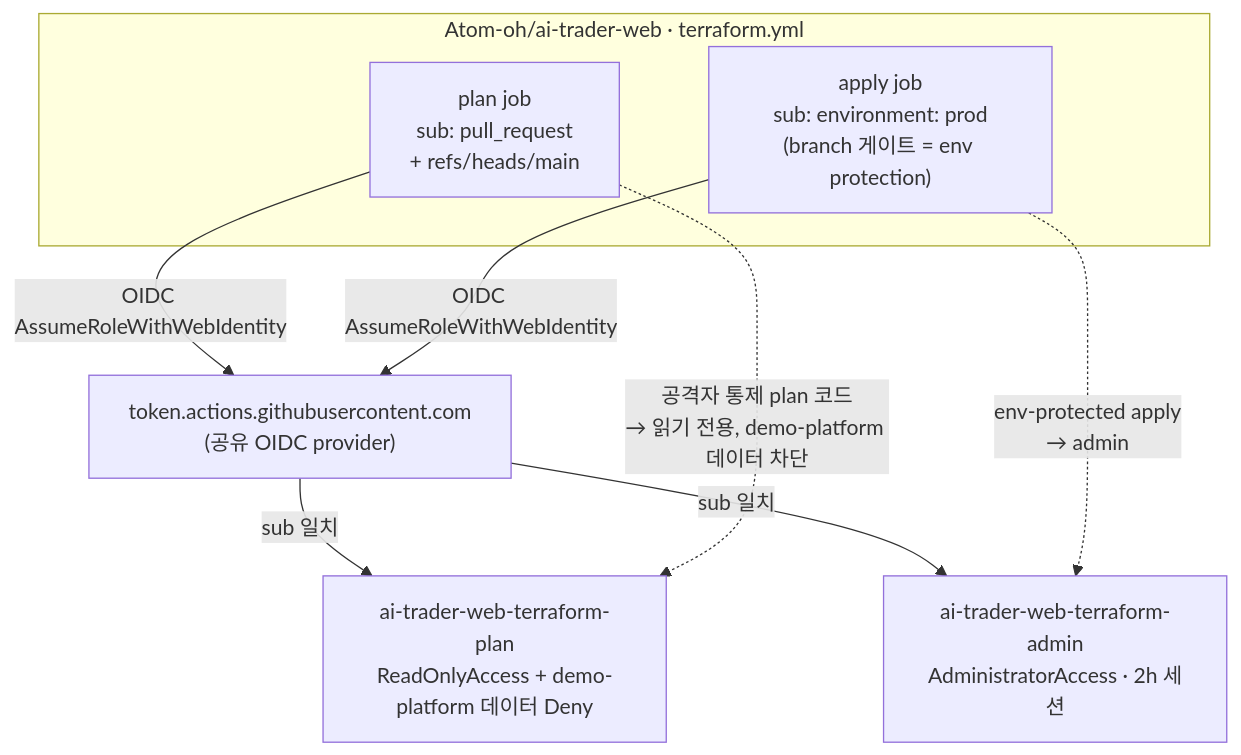
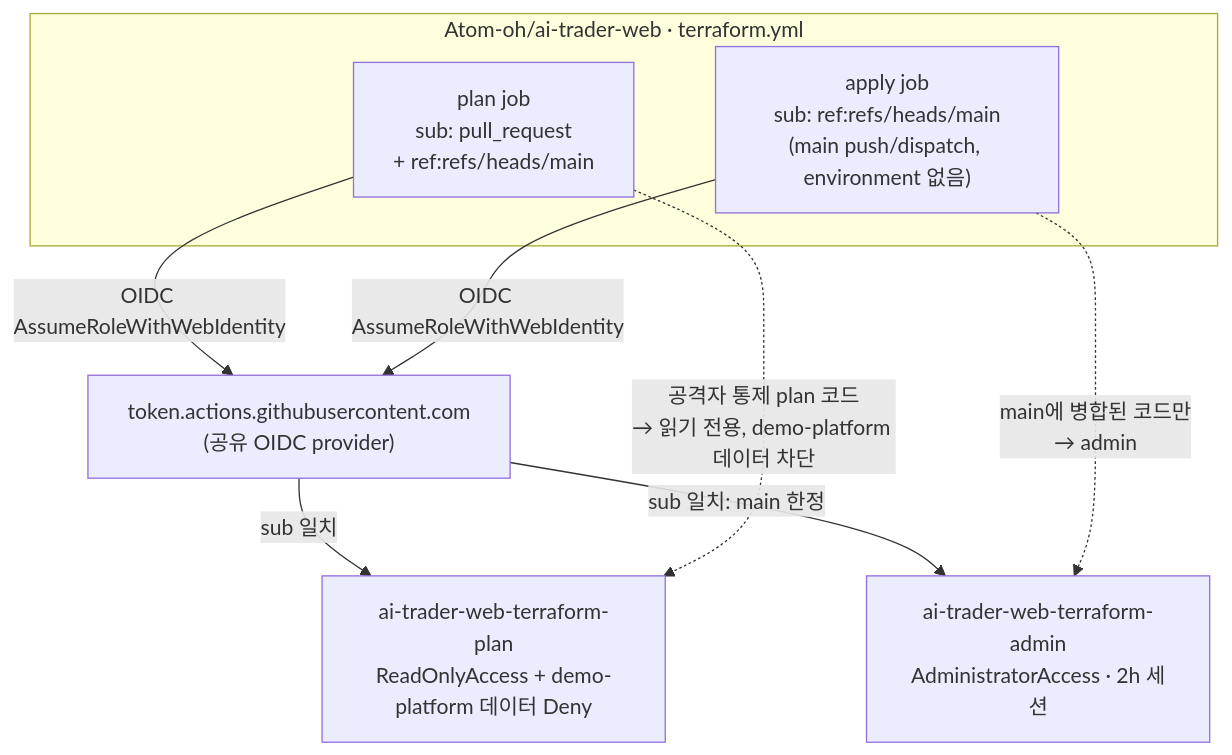
One commit to Atom-oh/AWS-Demo-Platform changed the second of 2 diagrams in docs/decisions/ADR-012-ai-trader-web-oidc-plan-apply-split.md. Above: the diagram before and after it, drawn with Mermaid. The commit also changed other lines of this file and 2 other files, not shown here.

First line of the commit message:
fix(iam): gate admin on main-branch sub (IAM-enforced), widen logs deny (PR #69)

````diff
--- a/docs/decisions/ADR-012-ai-trader-web-oidc-plan-apply-split.md
+++ b/docs/decisions/ADR-012-ai-trader-web-oidc-plan-apply-split.md
@@ -186,16 +196,16 @@
 ```mermaid
 flowchart TD
     subgraph gh["Atom-oh/ai-trader-web · terraform.yml"]
-        pr["plan job<br/>sub: pull_request<br/>+ refs/heads/main"]
-        ap["apply job<br/>sub: environment: prod<br/>(branch 게이트 = env protection)"]
+        pr["plan job<br/>sub: pull_request<br/>+ ref:refs/heads/main"]
+        ap["apply job<br/>sub: ref:refs/heads/main<br/>(main push/dispatch, environment 없음)"]
     end
     oidc["token.actions.githubusercontent.com<br/>(공유 OIDC provider)"]
     plan["ai-trader-web-terraform-plan<br/>ReadOnlyAccess + demo-platform 데이터 Deny"]
     admin["ai-trader-web-terraform-admin<br/>AdministratorAccess · 2h 세션"]
     pr -->|OIDC AssumeRoleWithWebIdentity| oidc
     ap -->|OIDC AssumeRoleWithWebIdentity| oidc
     oidc -->|sub 일치| plan
-    oidc -->|sub 일치| admin
+    oidc -->|sub 일치: main 한정| admin
     pr -.->|"공격자 통제 plan 코드<br/>→ 읽기 전용, demo-platform 데이터 차단"| plan
-    ap -.->|"env-protected apply<br/>→ admin"| admin
+    ap -.->|"main에 병합된 코드만<br/>→ admin"| admin
 ```
````
